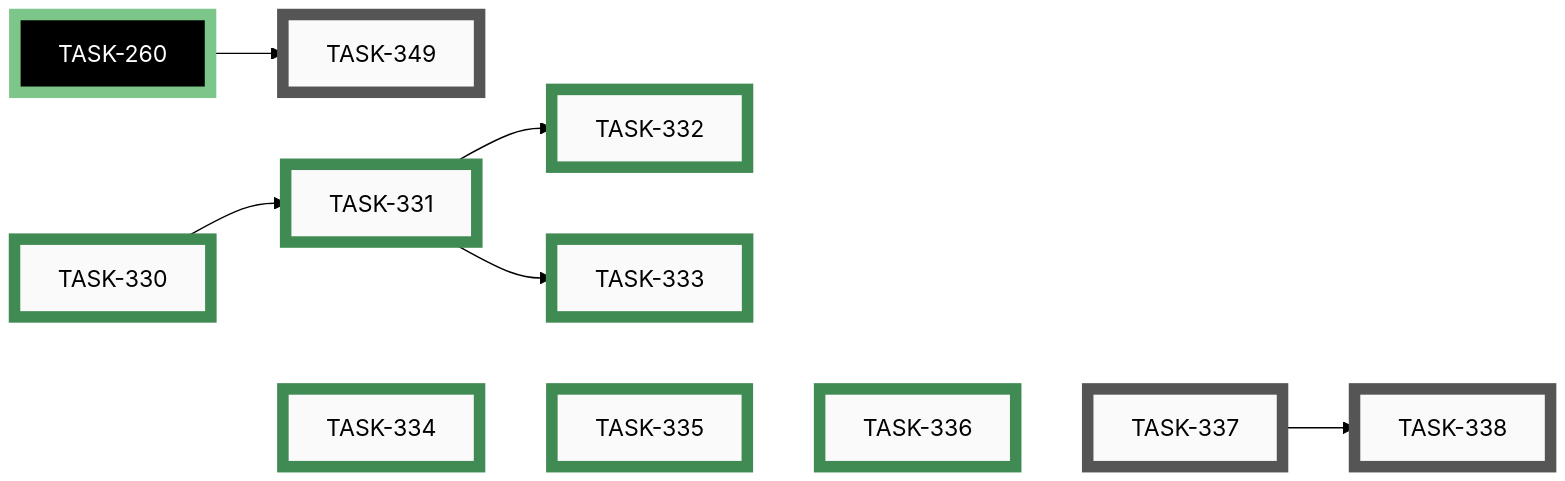
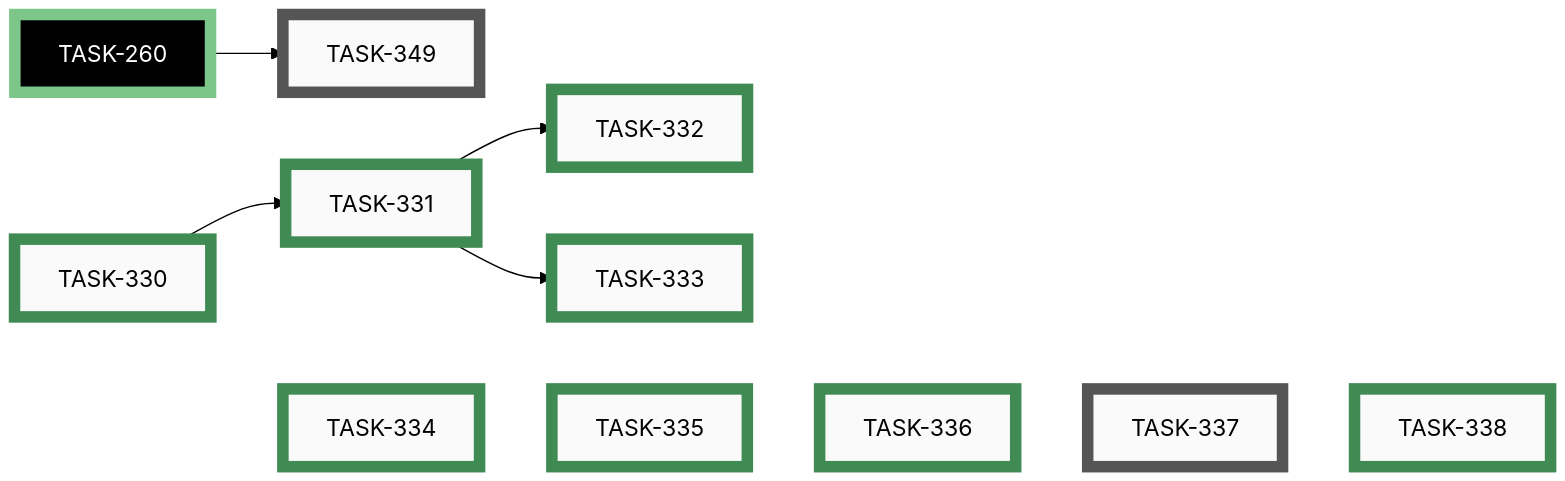
One commit to tgd1975/AwesomeStudioPedal changed the eighth of 10 diagrams in docs/developers/tasks/EPICS.md. Above: the diagram before and after it, drawn with Mermaid (forest theme). The commit also changed other lines of this file and 15 other files, not shown here.

````diff
--- a/docs/developers/tasks/EPICS.md
+++ b/docs/developers/tasks/EPICS.md
@@ -296,39 +296,38 @@
 ```mermaid
 graph LR
     TASK_337["TASK-337"]:::open
-    TASK_338["TASK-338"]:::open
     TASK_349["TASK-349"]:::open
     TASK_330["TASK-330"]:::closed
     TASK_331["TASK-331"]:::closed
     TASK_332["TASK-332"]:::closed
     TASK_333["TASK-333"]:::closed
     TASK_334["TASK-334"]:::closed
     TASK_335["TASK-335"]:::closed
     TASK_336["TASK-336"]:::closed
+    TASK_338["TASK-338"]:::closed
     TASK_260["TASK-260"]:::closedExt
-    TASK_337 --> TASK_338
     TASK_260 --> TASK_349
     TASK_330 --> TASK_331
     TASK_331 --> TASK_332
     TASK_331 --> TASK_333
-    TASK_330 ~~~ TASK_334 ~~~ TASK_335 ~~~ TASK_336 ~~~ TASK_337
+    TASK_330 ~~~ TASK_334 ~~~ TASK_335 ~~~ TASK_336 ~~~ TASK_337 ~~~ TASK_338
     click TASK_337 "open/task-337-firmware-expose-version-config-active-profile.md"
-    click TASK_338 "open/task-338-add-hid-display-table-and-live-keystroke-page.md"
     click TASK_349 "open/task-349-display-unified-version-in-mobile-app.md"
     click TASK_330 "closed/task-330-decide-content-page-open-questions.md"
     click TASK_331 "closed/task-331-add-info-about-page.md"
     click TASK_332 "closed/task-332-add-howto-quickstart-page.md"
     click TASK_333 "closed/task-333-add-profiles-troubleshooting-legal-pages.md"
     click TASK_334 "closed/task-334-add-startup-splash-screen.md"
     click TASK_335 "closed/task-335-add-connection-status-strip-and-details-sheet.md"
     click TASK_336 "closed/task-336-add-connected-pedal-page-board-only.md"
+    click TASK_338 "closed/task-338-add-hid-display-table-and-live-keystroke-page.md"
     click TASK_260 "closed/task-260-unify-version-numbers-across-deliverables.md"
     classDef open    fill:#FAFAFA,stroke:#555,stroke-width:8px,color:#000
     classDef active  fill:#FAFAFA,stroke:#1A6FA8,stroke-width:8px,color:#000
     classDef closed  fill:#FAFAFA,stroke:#3F8B53,stroke-width:8px,color:#000
     classDef paused  fill:#FAFAFA,stroke:#B07810,stroke-width:8px,color:#000
     classDef openExt    fill:#000,stroke:#888,stroke-width:8px,color:#FFF
     classDef activeExt  fill:#000,stroke:#3FA9F5,stroke-width:8px,color:#FFF
     classDef closedExt  fill:#000,stroke:#7CC68A,stroke-width:8px,color:#FFF
     classDef pausedExt  fill:#000,stroke:#F0B030,stroke-width:8px,color:#FFF
 ```
````
